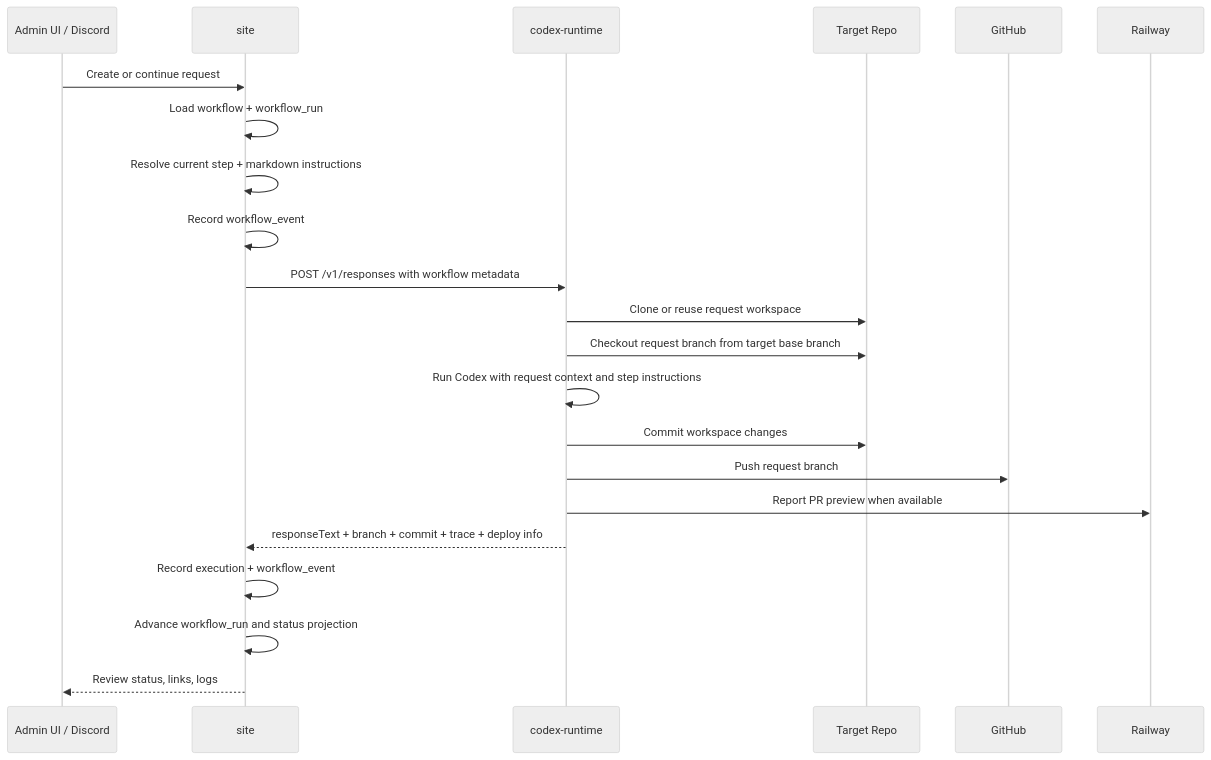
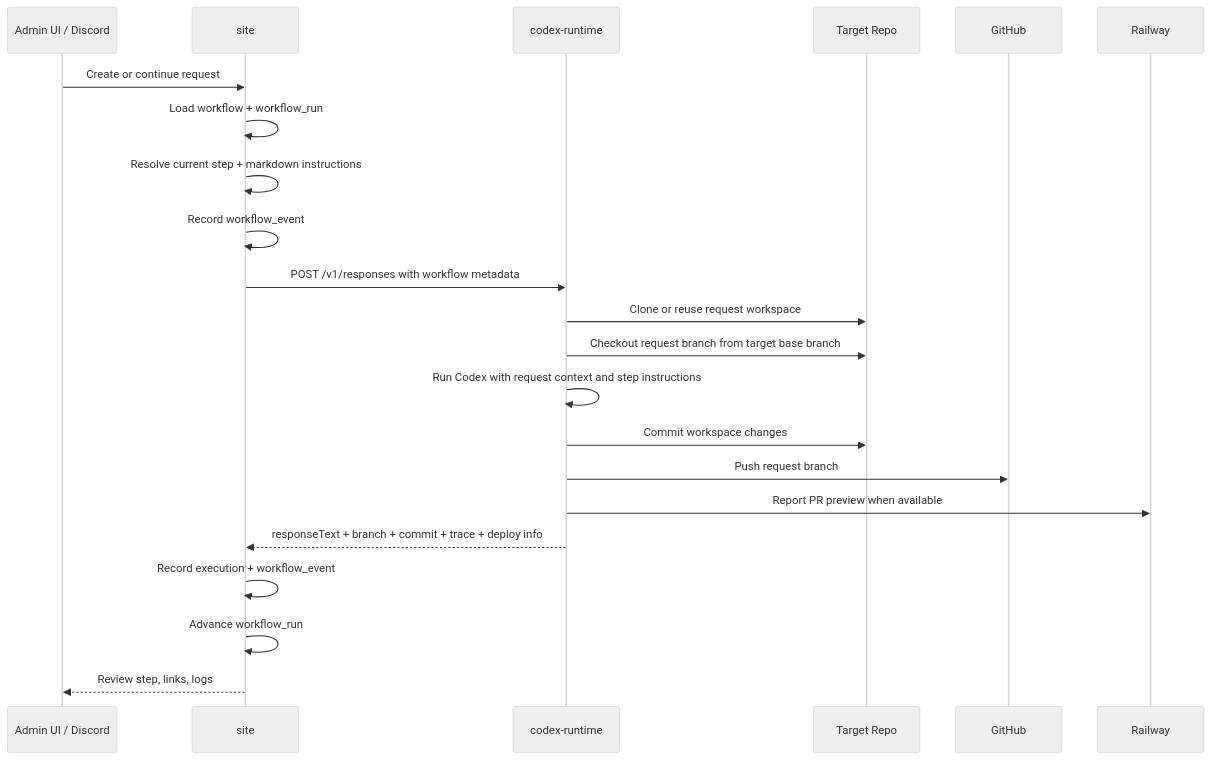
One commit to superprismio/prism-railway-template changed the third of 7 diagrams in docs/features/change-request-flow.md. Above: the diagram before and after it, drawn with Mermaid (neutral theme). The commit also changed other lines of this file and 26 other files, not shown here.

Commit message:
Remove request status projection

````diff
--- a/docs/features/change-request-flow.md
+++ b/docs/features/change-request-flow.md
@@ -53,25 +48,25 @@
 ```mermaid
 sequenceDiagram
     participant Admin as Admin UI / Discord
     participant Site as site
     participant Runtime as codex-runtime
     participant Repo as Target Repo
     participant GH as GitHub
     participant Railway as Railway
 
     Admin->>Site: Create or continue request
     Site->>Site: Load workflow + workflow_run
     Site->>Site: Resolve current step + markdown instructions
     Site->>Site: Record workflow_event
     Site->>Runtime: POST /v1/responses with workflow metadata
     Runtime->>Repo: Clone or reuse request workspace
     Runtime->>Repo: Checkout request branch from target base branch
     Runtime->>Runtime: Run Codex with request context and step instructions
     Runtime->>Repo: Commit workspace changes
     Runtime->>GH: Push request branch
     Runtime->>Railway: Report PR preview when available
     Runtime-->>Site: responseText + branch + commit + trace + deploy info
     Site->>Site: Record execution + workflow_event
-    Site->>Site: Advance workflow_run and status projection
-    Site-->>Admin: Review status, links, logs
+    Site->>Site: Advance workflow_run
+    Site-->>Admin: Review step, links, logs
 ```
````
